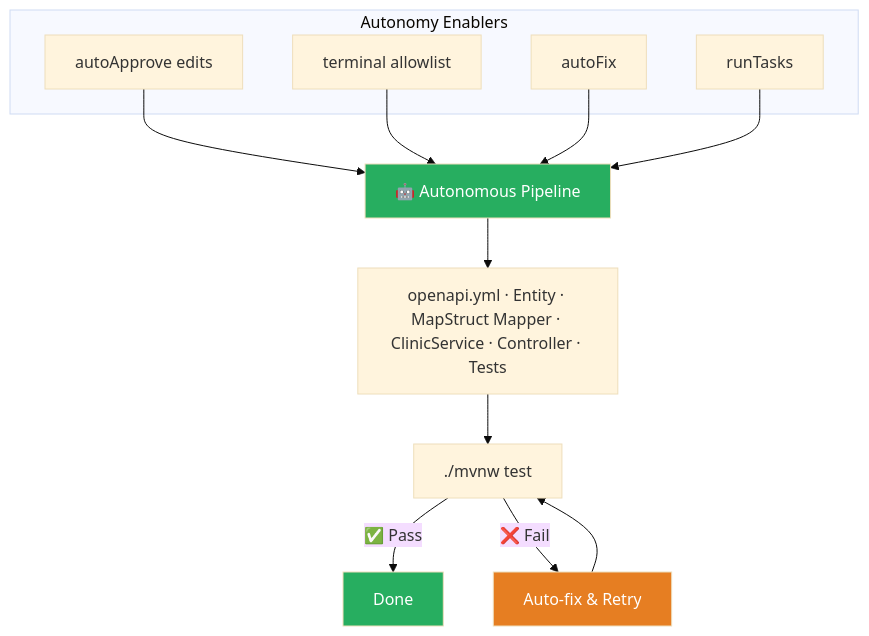
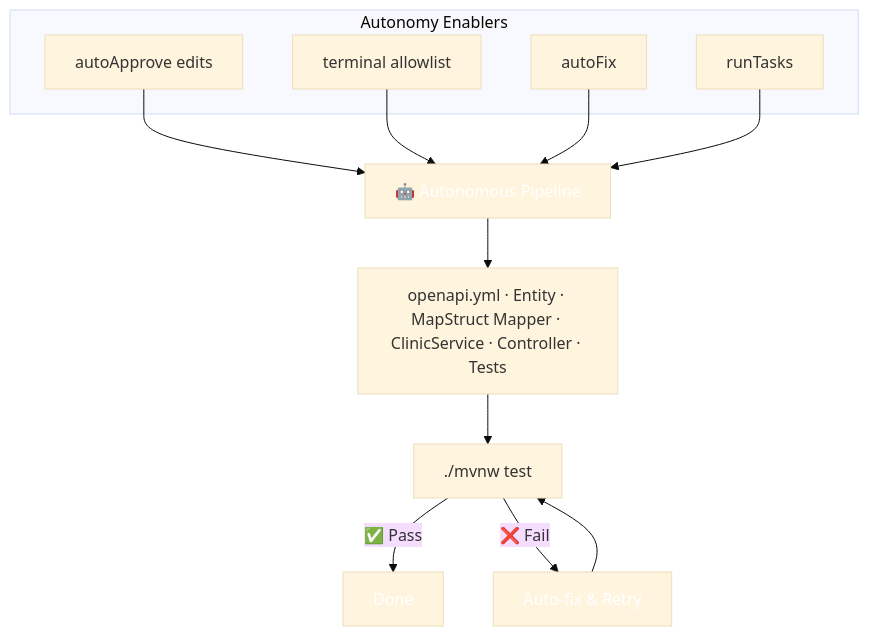
The seventh of 12 diagrams in README.md (abossard/ghcp-agent-2024), drawn with Mermaid (base theme) before and after one commit. The commit also changed other lines of this file, not shown here.

````diff
--- a/README.md
+++ b/README.md
@@ -288,16 +323,16 @@
 ```mermaid
 graph TB
     subgraph "Autonomy Enablers"
         A["autoApprove edits"] & B["terminal allowlist"] & C["autoFix"] & D["runTasks"]
     end
 
     A & B & C & D --> E["🤖 Autonomous Pipeline"]
     E --> F["openapi.yml · Entity · MapStruct Mapper · ClinicService · Controller · Tests"]
     F --> J["./mvnw test"]
     J -->|"✅ Pass"| K["Done"]
     J -->|"❌ Fail"| L["Auto-fix & Retry"] --> J
 
-    style E fill:#27ae60,color:#fff
-    style K fill:#27ae60,color:#fff
-    style L fill:#e67e22,color:#fff
+    style E color:#fff
+    style K color:#fff
+    style L color:#fff
 ```
````
